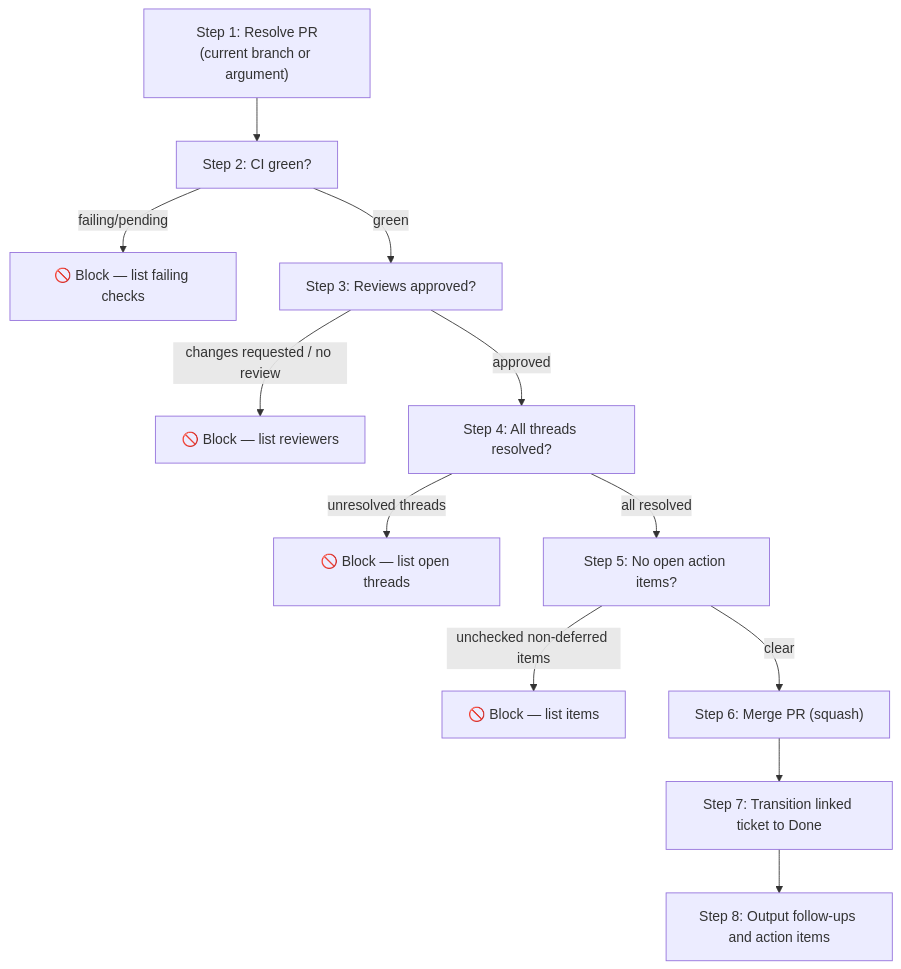
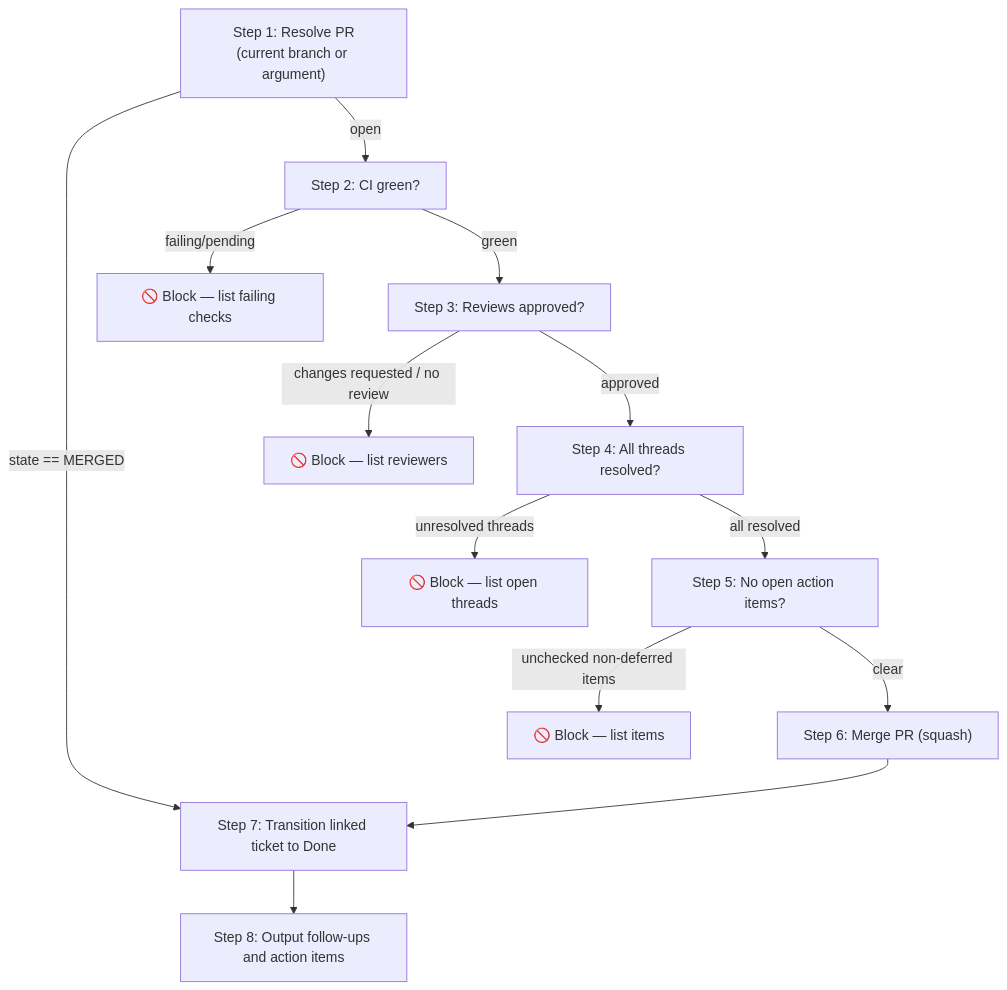
One commit to whizzzkid/skills changed the diagram in skills/pr-merge/README.md. Above: the diagram before and after it, drawn with Mermaid. The commit also changed other lines of this file and 2 other files, not shown here.

Commit message:
feat(skills): 🦾 pr-merge — Step 1 checks merged state first, short-circuits to Step 7
Auto-merge / merge-queue commonly lands a PR before the skill runs. Fetch state +
mergeCommit in Step 1; state == MERGED records the merge SHA, skips Steps 2-6
(pre-merge gates moot), and resumes at Step 7. The prior skip rule keyed off user
phrasing and missed silently auto-merged PRs. Reconciled the When-to-Use rule,
added the Mermaid short-circuit branch. +reference, version bump.

Generated with [wk-skills](https://github.com/whizzzkid/skills) and multiple models.

````diff
--- a/skills/pr-merge/README.md
+++ b/skills/pr-merge/README.md
@@ -18,14 +18,15 @@
 ```mermaid
 flowchart TD
-    A["Step 1: Resolve PR<br/>(current branch or argument)"] --> B["Step 2: CI green?"]
+    A["Step 1: Resolve PR<br/>(current branch or argument)"] -->|state == MERGED| G
+    A -->|open| B["Step 2: CI green?"]
     B -->|failing/pending| BLOCK1["🚫 Block — list failing checks"]
     B -->|green| C["Step 3: Reviews approved?"]
     C -->|changes requested / no review| BLOCK2["🚫 Block — list reviewers"]
     C -->|approved| D["Step 4: All threads resolved?"]
     D -->|unresolved threads| BLOCK3["🚫 Block — list open threads"]
     D -->|all resolved| E["Step 5: No open action items?"]
     E -->|unchecked non-deferred items| BLOCK4["🚫 Block — list items"]
     E -->|clear| F["Step 6: Merge PR (squash)"]
     F --> G["Step 7: Transition linked ticket to Done"]
     G --> H["Step 8: Output follow-ups and action items"]
 ```
````
